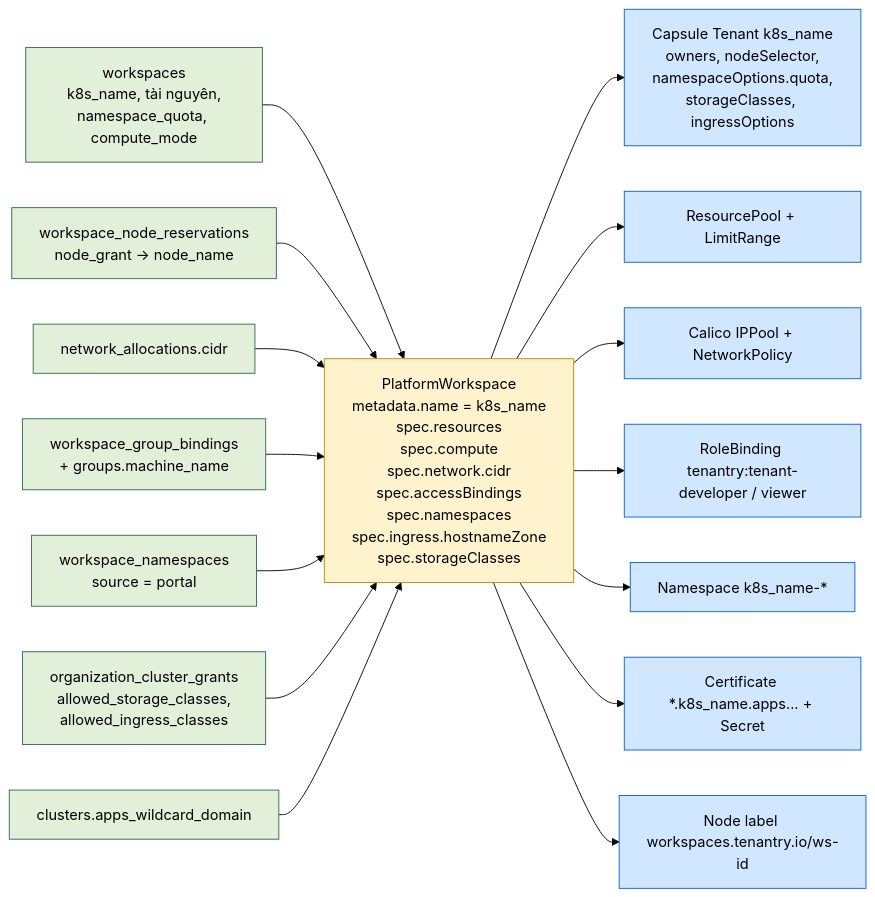
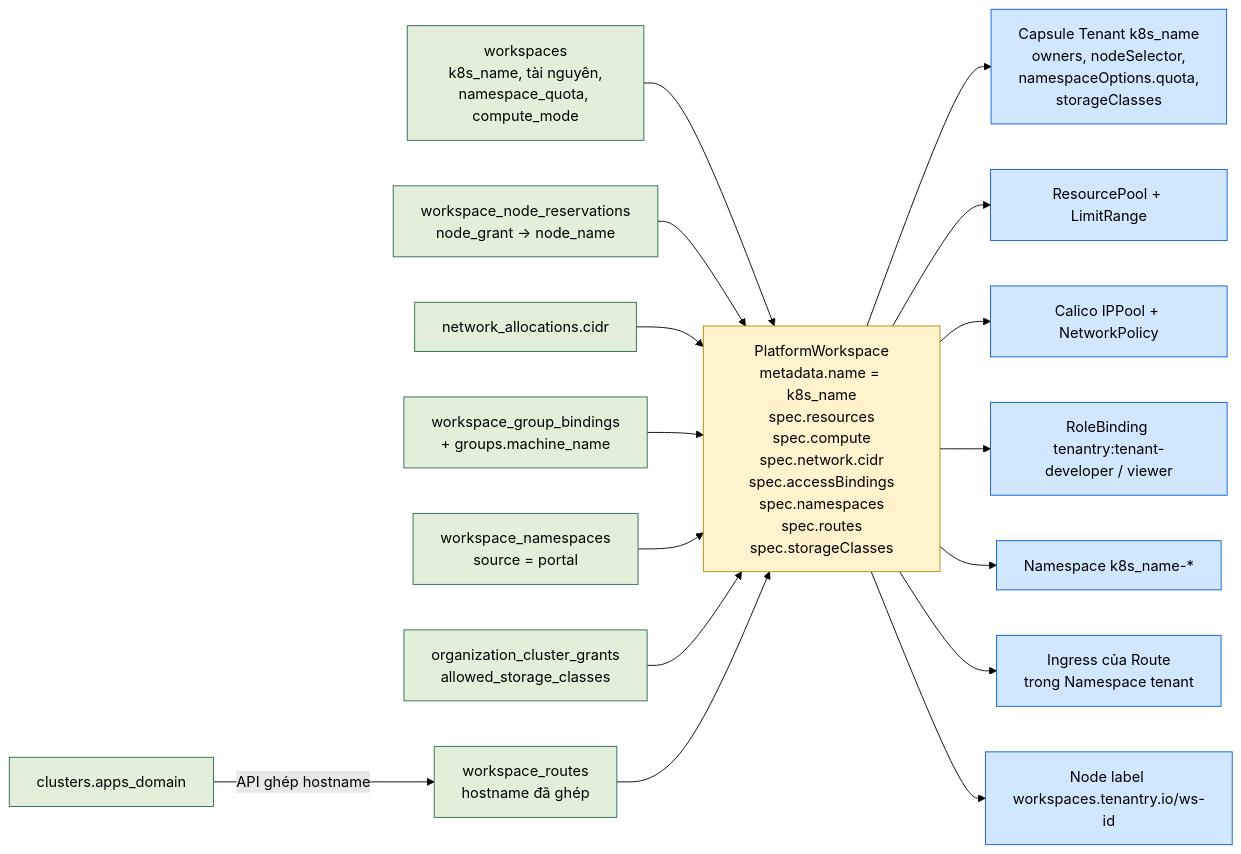
Before and after one commit to thaihoc1310/tenantry: the fifth of 5 diagrams in docs/architecture/02-data-model.md, drawn with Mermaid (forest theme). The commit also changed other lines of this file and 10 other files, not shown here.

Commit message:
docs: platform-managed Routes on Traefik with Let's Encrypt, NFS via csi-driver-nfs, cluster foundation under deploy/cluster

````diff
--- a/docs/architecture/02-data-model.md
+++ b/docs/architecture/02-data-model.md
@@ -418,39 +432,41 @@
 ```mermaid
 flowchart LR
   classDef db fill:#e2f0d9,stroke:#2d6a4f,color:#000
   classDef cr fill:#fff3cd,stroke:#b58900,color:#000
   classDef k8s fill:#d1e7ff,stroke:#0b5ed7,color:#000
 
   W["workspaces<br/>k8s_name, tài nguyên,<br/>namespace_quota, compute_mode"]:::db
   NR["workspace_node_reservations<br/>node_grant → node_name"]:::db
   NA["network_allocations.cidr"]:::db
   GB["workspace_group_bindings<br/>+ groups.machine_name"]:::db
   WN["workspace_namespaces<br/>source = portal"]:::db
-  G["organization_cluster_grants<br/>allowed_storage_classes,<br/>allowed_ingress_classes"]:::db
-  C["clusters.apps_wildcard_domain"]:::db
+  G["organization_cluster_grants<br/>allowed_storage_classes"]:::db
+  WR["workspace_routes<br/>hostname đã ghép"]:::db
+  C["clusters.apps_domain"]:::db
 
-  CR["PlatformWorkspace<br/>metadata.name = k8s_name<br/>spec.resources<br/>spec.compute<br/>spec.network.cidr<br/>spec.accessBindings<br/>spec.namespaces<br/>spec.ingress.hostnameZone<br/>spec.storageClasses"]:::cr
+  CR["PlatformWorkspace<br/>metadata.name = k8s_name<br/>spec.resources<br/>spec.compute<br/>spec.network.cidr<br/>spec.accessBindings<br/>spec.namespaces<br/>spec.routes<br/>spec.storageClasses"]:::cr
 
-  T["Capsule Tenant k8s_name<br/>owners, nodeSelector,<br/>namespaceOptions.quota,<br/>storageClasses, ingressOptions"]:::k8s
+  T["Capsule Tenant k8s_name<br/>owners, nodeSelector,<br/>namespaceOptions.quota,<br/>storageClasses"]:::k8s
   RP["ResourcePool + LimitRange"]:::k8s
   IP["Calico IPPool + NetworkPolicy"]:::k8s
   RB["RoleBinding tenantry:tenant-developer / viewer"]:::k8s
   NS["Namespace k8s_name-*"]:::k8s
-  CERT["Certificate *.k8s_name.apps... + Secret"]:::k8s
+  ROUTE["Ingress của Route<br/>trong Namespace tenant"]:::k8s
   NODE["Node label workspaces.tenantry.io/ws-id"]:::k8s
 
   W --> CR
   NR --> CR
   NA --> CR
   GB --> CR
   WN --> CR
   G --> CR
-  C --> CR
+  C -->|"API ghép hostname"| WR
+  WR --> CR
   CR --> T
   CR --> RP
   CR --> IP
   CR --> RB
   CR --> NS
-  CR --> CERT
+  CR --> ROUTE
   CR --> NODE
 ```
````
